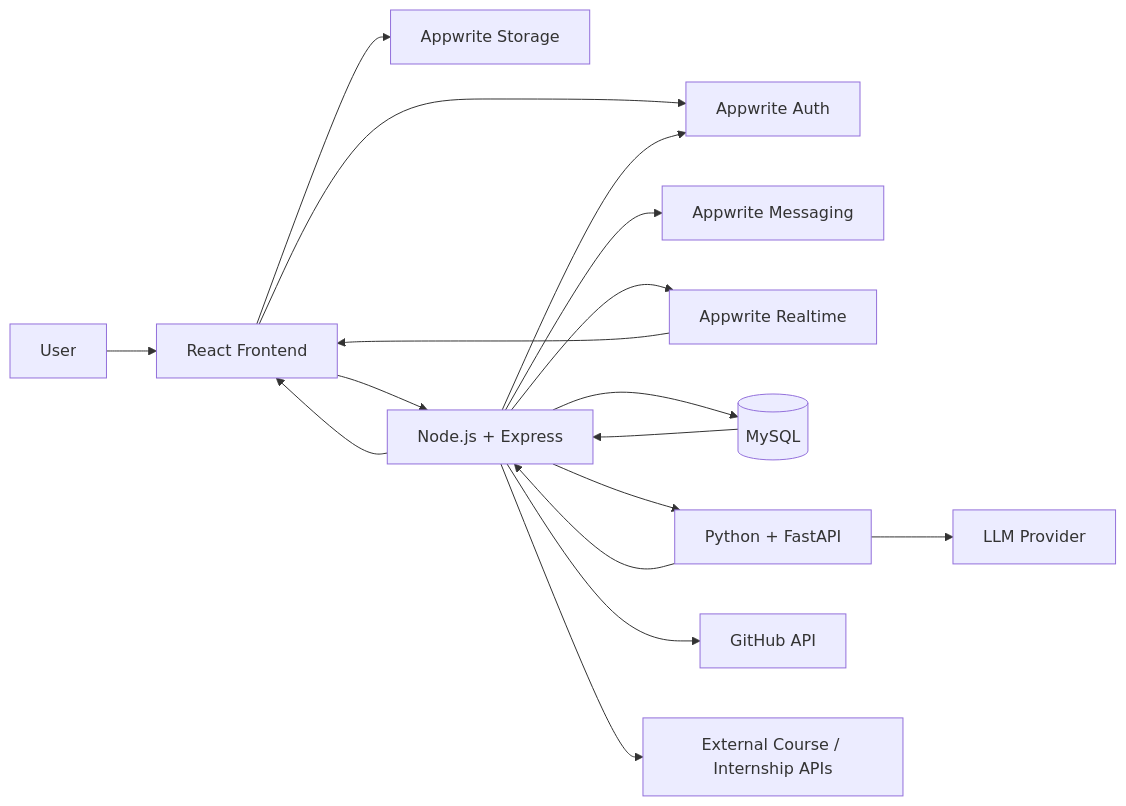
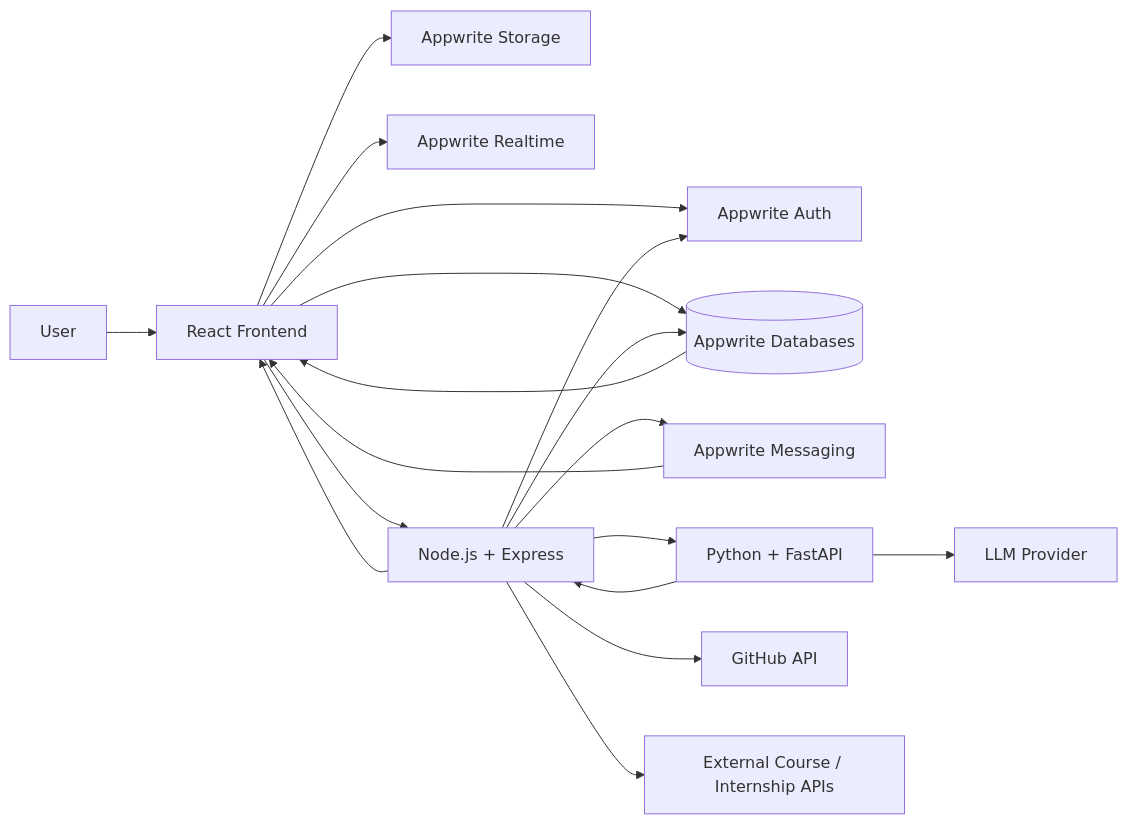
One commit to Jiteshhh08/SkillSaarthi changed the third of 3 diagrams in docs/main_architecture.md. Above: the diagram before and after it, drawn with Mermaid. The commit also changed other lines of this file and 3 other files, not shown here.

````diff
--- a/docs/main_architecture.md
+++ b/docs/main_architecture.md
@@ -1403,42 +1402,42 @@
 ```mermaid
 flowchart LR
 
     USER[User]
     FE[React Frontend]
 
     AW_AUTH[Appwrite Auth]
+    AW_DB[(Appwrite Databases)]
     AW_STORAGE[Appwrite Storage]
     AW_MSG[Appwrite Messaging]
     AW_RT[Appwrite Realtime]
 
     API[Node.js + Express]
-    DB[(MySQL)]
     AI[Python + FastAPI]
 
     GITHUB[GitHub API]
     EXT[External Course / Internship APIs]
     LLM[LLM Provider]
 
     USER --> FE
 
     FE --> AW_AUTH
+    FE --> AW_DB
+    FE --> AW_STORAGE
+    FE --> AW_RT
     FE --> API
-    FE --> AW_STORAGE
 
-    API --> DB
+    API --> AW_DB
     API --> AW_AUTH
     API --> AW_MSG
-    API --> AW_RT
 
     API --> AI
     API --> GITHUB
     API --> EXT
 
     AI --> LLM
     AI --> API
 
-    DB --> API
+    AW_DB --> FE
+    AW_MSG --> FE
     API --> FE
-
-    AW_RT --> FE
 ```
````
